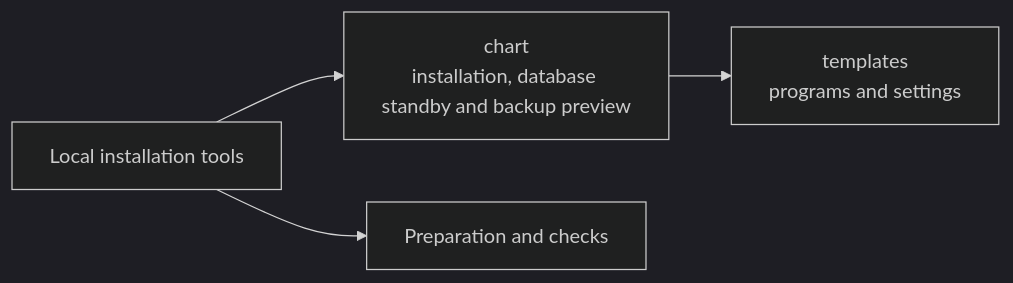
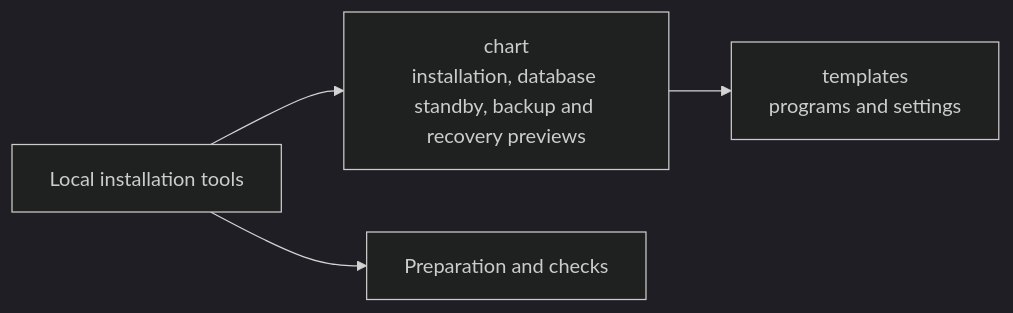
Before and after one commit to elewa-git/opencrane-new: the diagram in infra/package/chart/README.md, drawn with Mermaid (dark theme). The commit also changed other lines of this file and 10 other files, not shown here.

Commit message:
💾 Render an exact database recovery source and WAL target

````diff
--- a/infra/package/chart/README.md
+++ b/infra/package/chart/README.md
@@ -32,6 +33,6 @@
 ```mermaid
 flowchart LR
-  package["Local installation tools"] --> chart["chart<br/>installation, database standby and backup preview"]
+  package["Local installation tools"] --> chart["chart<br/>installation, database standby, backup and recovery previews"]
   package --> prepare["Preparation and checks"]
   chart --> templates["templates<br/>programs and settings"]
 ```
````
